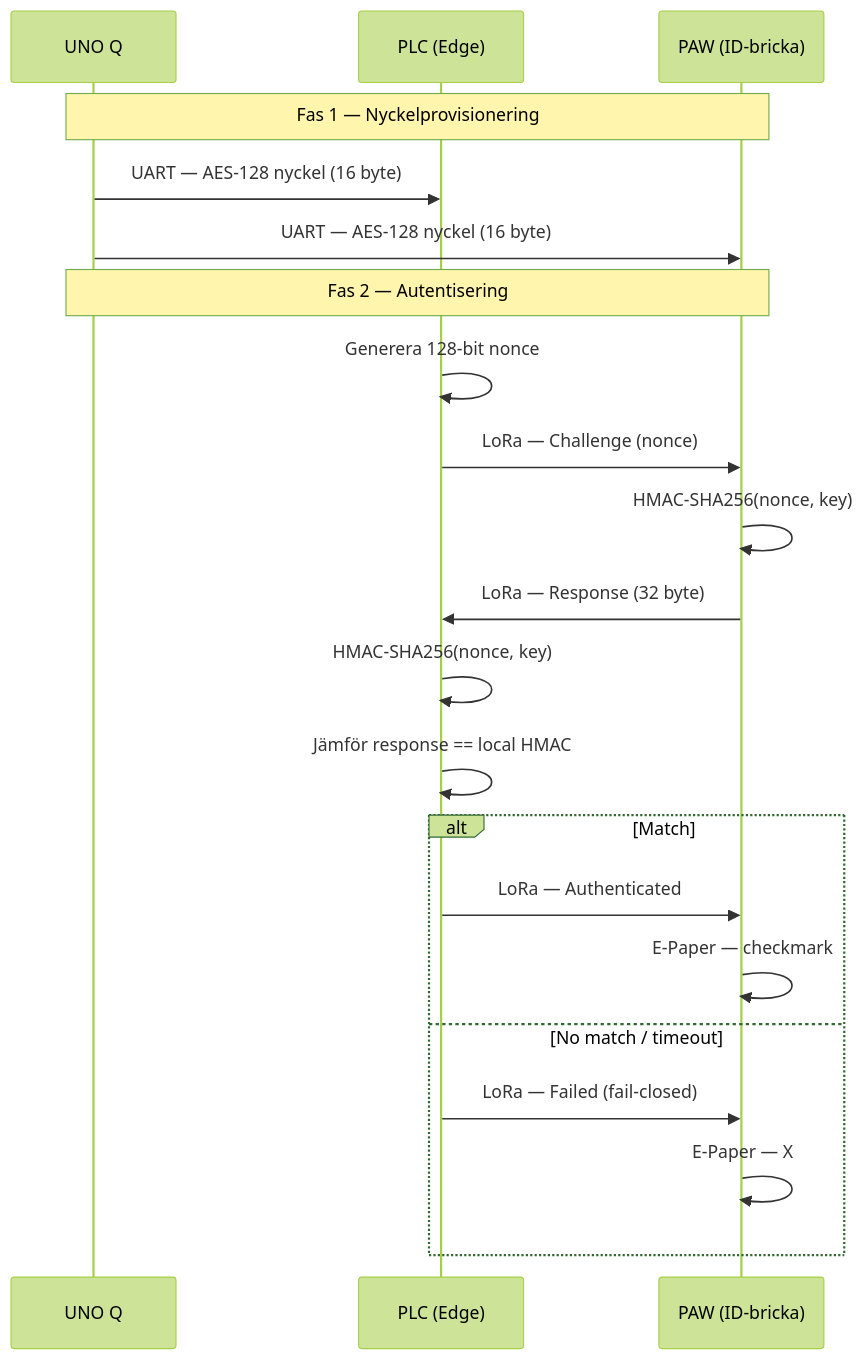
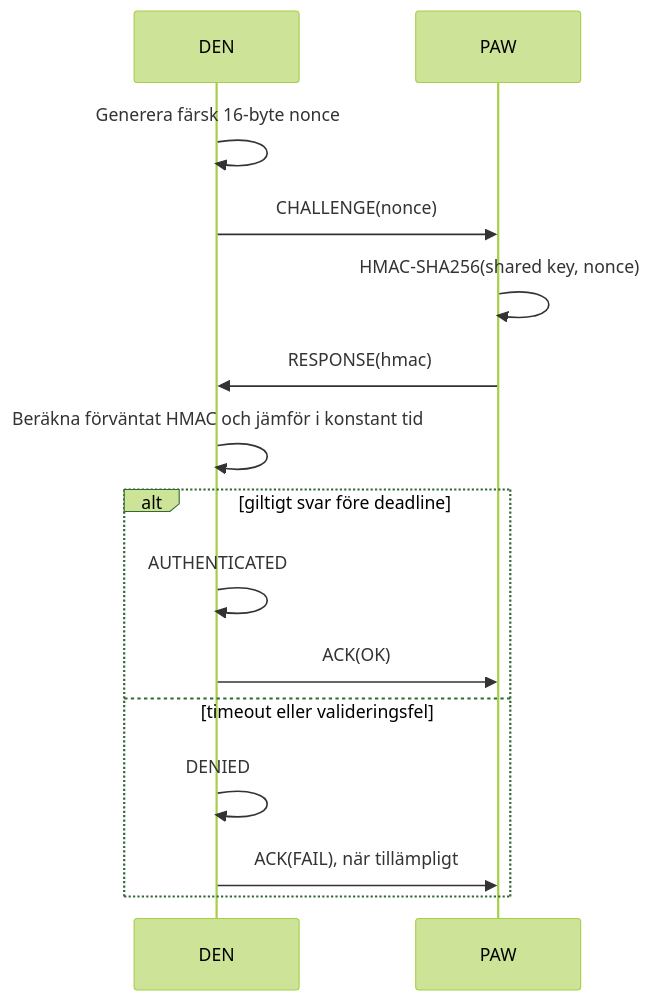
Before and after one commit to Tripl321/yh-contact-auth-projektarbete: the second of 2 diagrams in docs/02-arkitektur.md, drawn with Mermaid (forest theme). The commit also changed other lines of this file, not shown here.

Commit message:
docs: align architecture with UART docking pivot

````diff
--- a/docs/02-arkitektur.md
+++ b/docs/02-arkitektur.md
@@ -70,25 +90,18 @@
 ```mermaid
 sequenceDiagram
-    participant UNOQ as UNO Q
-    participant PLC as PLC (Edge)
-    participant PAW as PAW (ID-bricka)
+    participant DEN
+    participant PAW
 
-    Note over UNOQ,PAW: Fas 1 — Nyckelprovisionering
-    UNOQ->>PLC: UART — AES-128 nyckel (16 byte)
-    UNOQ->>PAW: UART — AES-128 nyckel (16 byte)
-
-    Note over UNOQ,PAW: Fas 2 — Autentisering
-    PLC->>PLC: Generera 128-bit nonce
-    PLC->>PAW: LoRa — Challenge (nonce)
-    PAW->>PAW: HMAC-SHA256(nonce, key)
-    PAW->>PLC: LoRa — Response (32 byte)
-    PLC->>PLC: HMAC-SHA256(nonce, key)
-    PLC->>PLC: Jämför response == local HMAC
-    alt Match
-        PLC->>PAW: LoRa — Authenticated
-        PAW->>PAW: E-Paper — checkmark
-    else No match / timeout
-        PLC->>PAW: LoRa — Failed (fail-closed)
-        PAW->>PAW: E-Paper — X
+    DEN->>DEN: Generera färsk 16-byte nonce
+    DEN->>PAW: CHALLENGE(nonce)
+    PAW->>PAW: HMAC-SHA256(shared key, nonce)
+    PAW->>DEN: RESPONSE(hmac)
+    DEN->>DEN: Beräkna förväntat HMAC och jämför i konstant tid
+    alt giltigt svar före deadline
+        DEN->>DEN: AUTHENTICATED
+        DEN->>PAW: ACK(OK)
+    else timeout eller valideringsfel
+        DEN->>DEN: DENIED
+        DEN->>PAW: ACK(FAIL), när tillämpligt
     end
 ```
````
